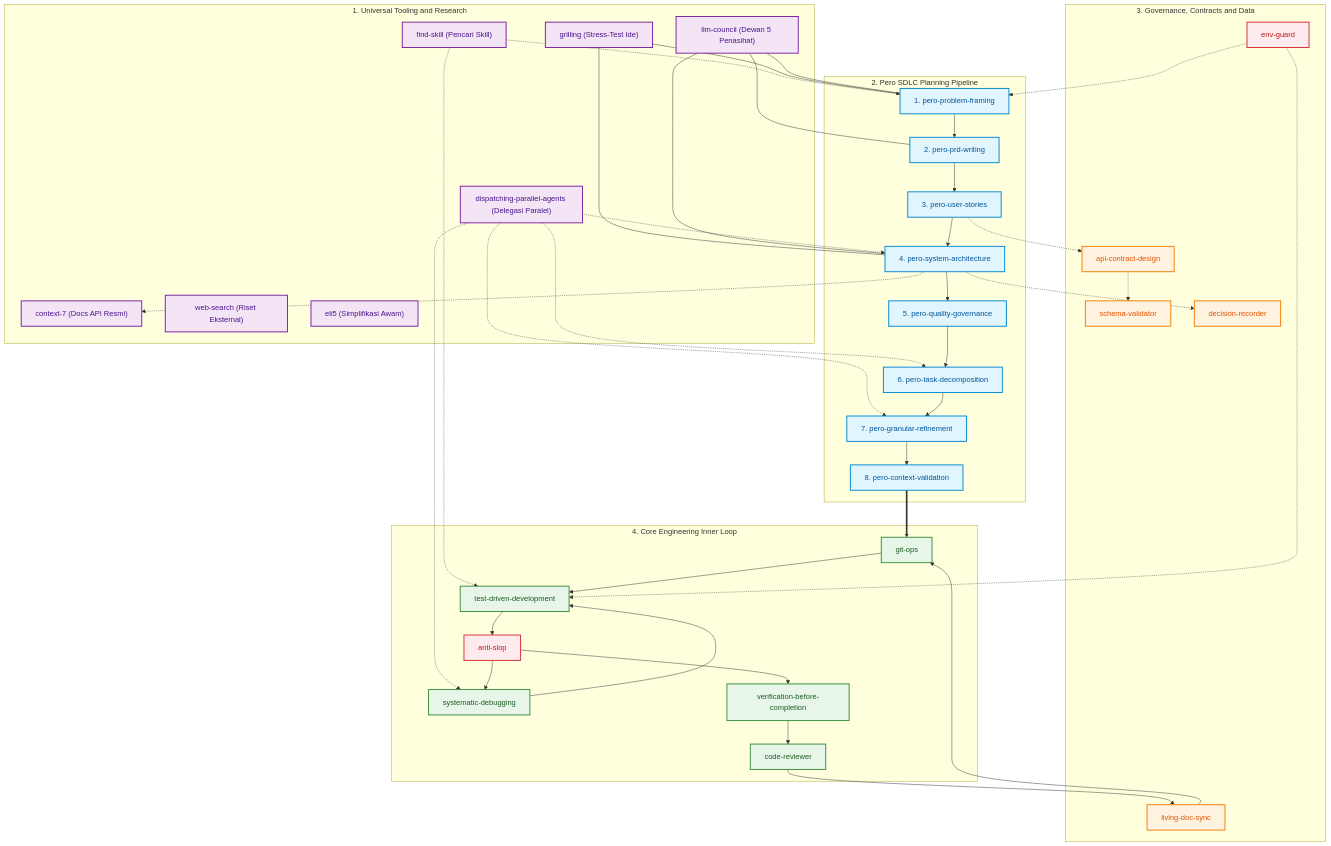
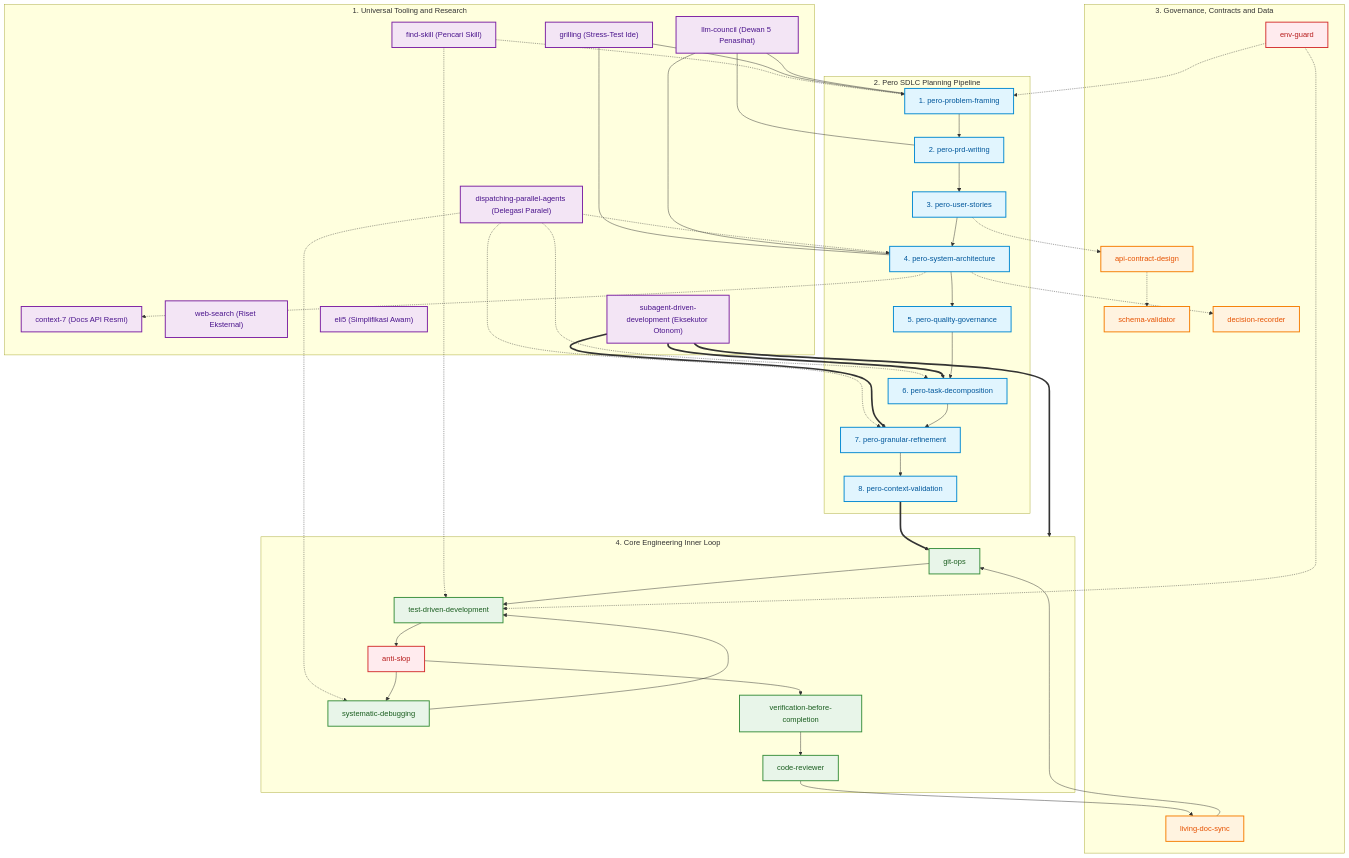
The first of 4 diagrams in README.md (okyFaishal/pero-agent-skills), drawn with Mermaid before and after one commit. The commit also changed other lines of this file and 15 other files, not shown here.

Commit message:
feat(skills): add subagent-driven-development modular suite and sync 27 skills

```diff
--- a/README.md
+++ b/README.md
@@ -57,6 +57,7 @@
         GRL["grilling (Stress-Test Ide)"]:::tool
         COU["llm-council (Dewan 5 Penasihat)"]:::tool
         DPA["dispatching-parallel-agents (Delegasi Paralel)"]:::tool
+        SDD["subagent-driven-development (Eksekutor Otonom)"]:::tool
         ELI5["eli5 (Simplifikasi Awam)"]:::tool
     end
 
@@ -101,6 +102,9 @@
     DPA -.-> S7
     DPA -.-> DBG
     DPA -.-> S4
+    SDD ==> S6
+    SDD ==> S7
+    SDD ==> ENGINE
     
     S1 --> S2
     S2 --> S3
```
